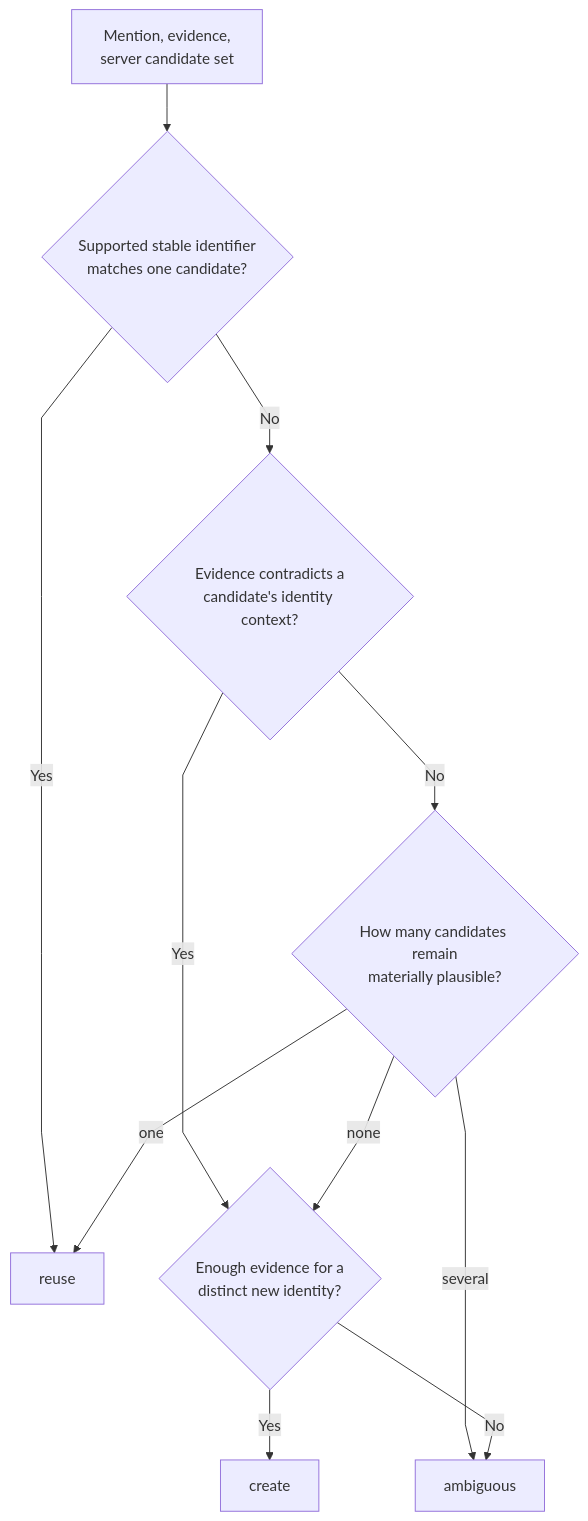
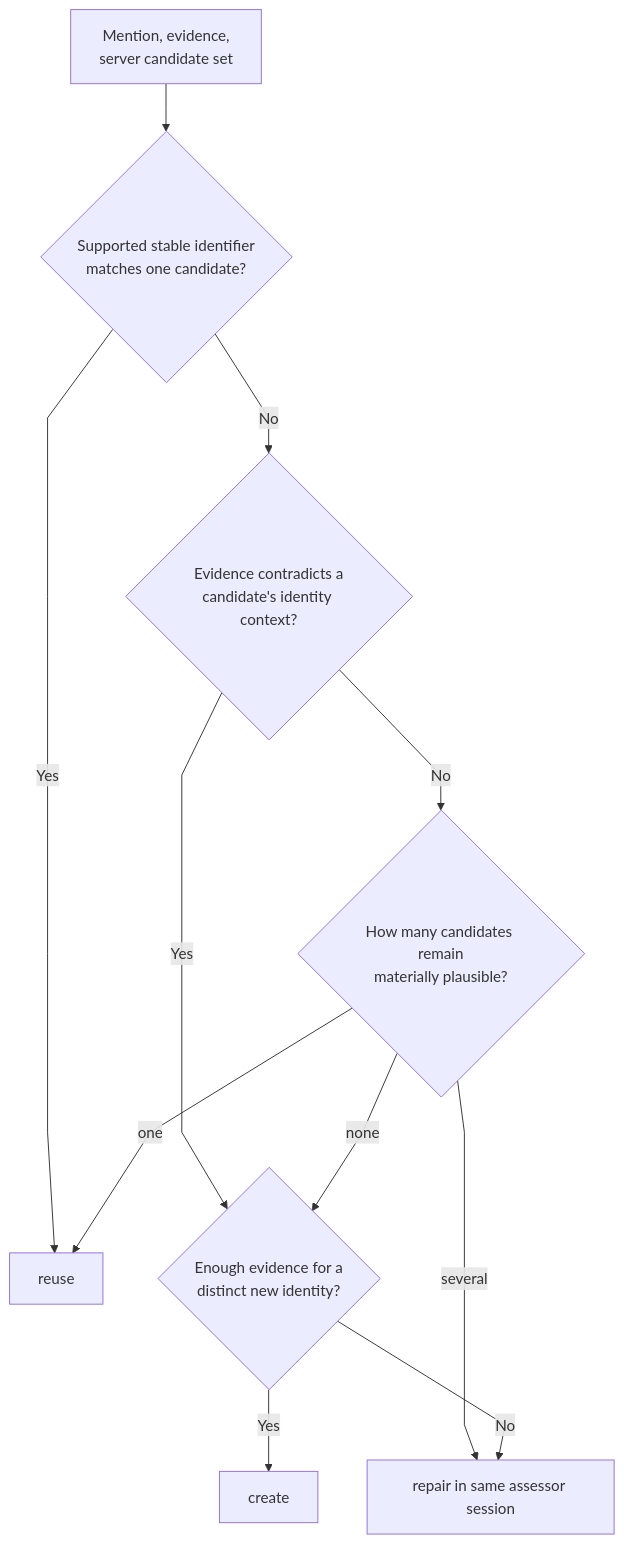
The third of 7 diagrams in Entity-Identity-And-Resolution.md (markhuangai/dense-mem), drawn with Mermaid before and after one commit. The commit also changed other lines of this file and 17 other files, not shown here.

````diff
--- a/Entity-Identity-And-Resolution.md
+++ b/Entity-Identity-And-Resolution.md
@@ -163,14 +164,14 @@
 ```mermaid
 %%{init: {"flowchart": {"curve": "linear"}}}%%
 flowchart TD
   Start["Mention, evidence,<br/>server candidate set"] --> Exact{"Supported stable identifier<br/>matches one candidate?"}
   Exact -- Yes --> Reuse["reuse"]
   Exact -- No --> Contrary{"Evidence contradicts a<br/>candidate's identity context?"}
   Contrary -- Yes --> Distinct{"Enough evidence for a<br/>distinct new identity?"}
   Contrary -- No --> Plausible{"How many candidates remain<br/>materially plausible?"}
   Plausible -- one --> Reuse
-  Plausible -- several --> Ambiguous["ambiguous"]
+  Plausible -- several --> Repair["repair in same assessor session"]
   Plausible -- none --> Distinct
   Distinct -- Yes --> Create["create"]
-  Distinct -- No --> Ambiguous
+  Distinct -- No --> Repair
 ```
````
